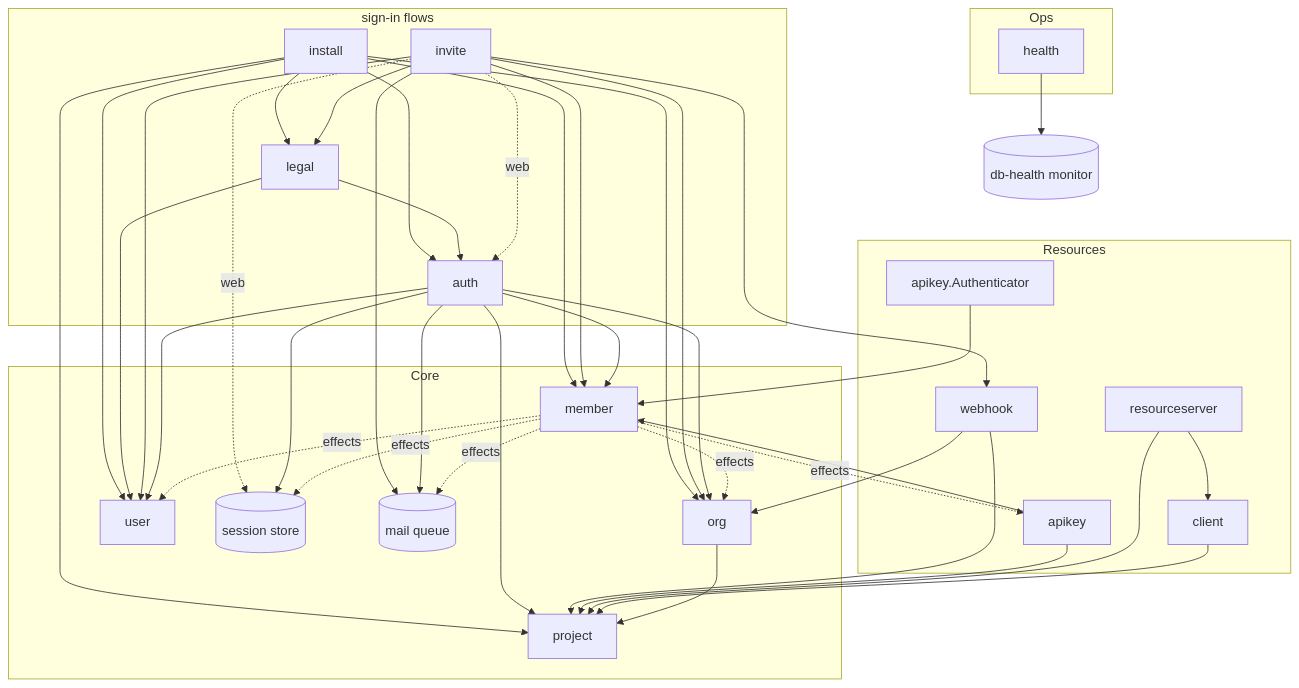
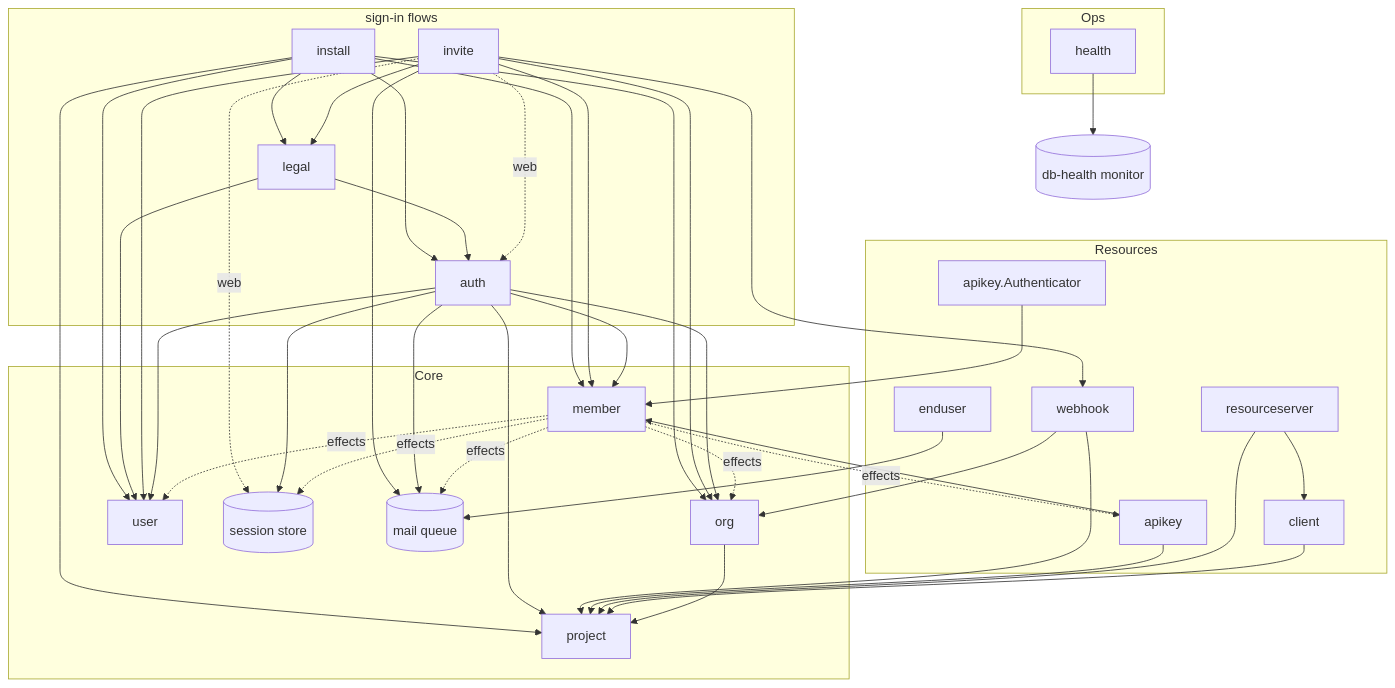
The third of 3 diagrams in internal/boot/README.md (altalune-id/othra), drawn with Mermaid before and after one commit. The commit also changed other lines of this file and 170 other files, not shown here.

````diff
--- a/internal/boot/README.md
+++ b/internal/boot/README.md
@@ -122,45 +124,47 @@
 ```mermaid
 flowchart TD
     subgraph Flows["sign-in flows"]
         install
         legal
         auth
         invite
     end
     subgraph Ops
         health
     end
     subgraph Resources
         webhook
         apikey
         keyAuthn["apikey.Authenticator"]
         resourceserver
         client
+        enduser
     end
     subgraph Core
         org
         project
         member
         user
         sessions[(session store)]
         mailqueue[(mail queue)]
     end
 
     install --> auth
     legal --> auth
     install --> user & org & member & project & legal
     legal --> user
     invite --> member & user & org & mailqueue & webhook & legal
     invite -. web .-> auth & sessions
     auth --> user & member & org & project & sessions & mailqueue
 
     webhook --> project & org
     apikey --> project & member
     keyAuthn --> member
     resourceserver --> project & client
     client --> project
+    enduser --> mailqueue
     member -. effects .-> sessions & apikey & user & org & mailqueue
     health --> dbh[(db-health monitor)]
 
     org --> project
 ```
````
